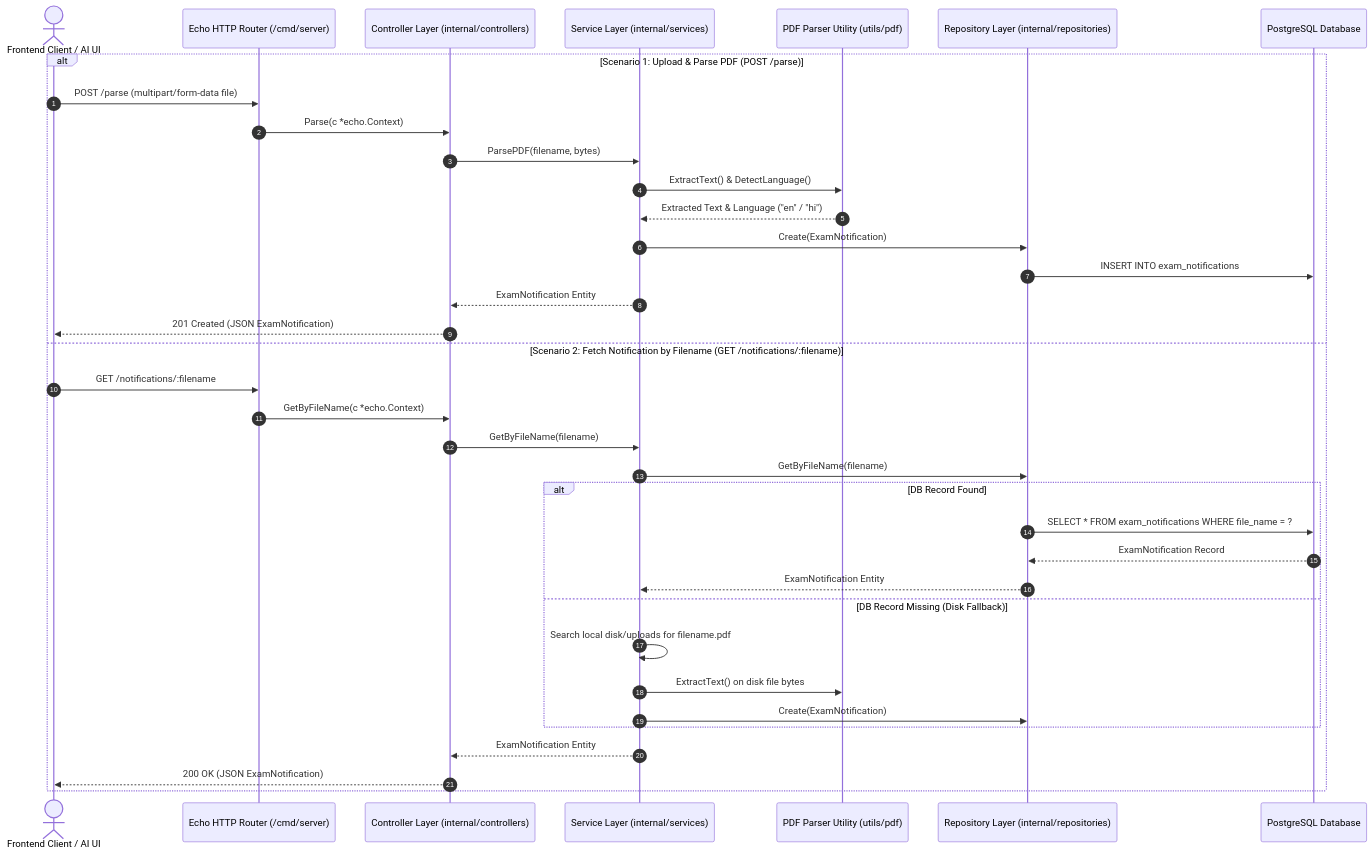
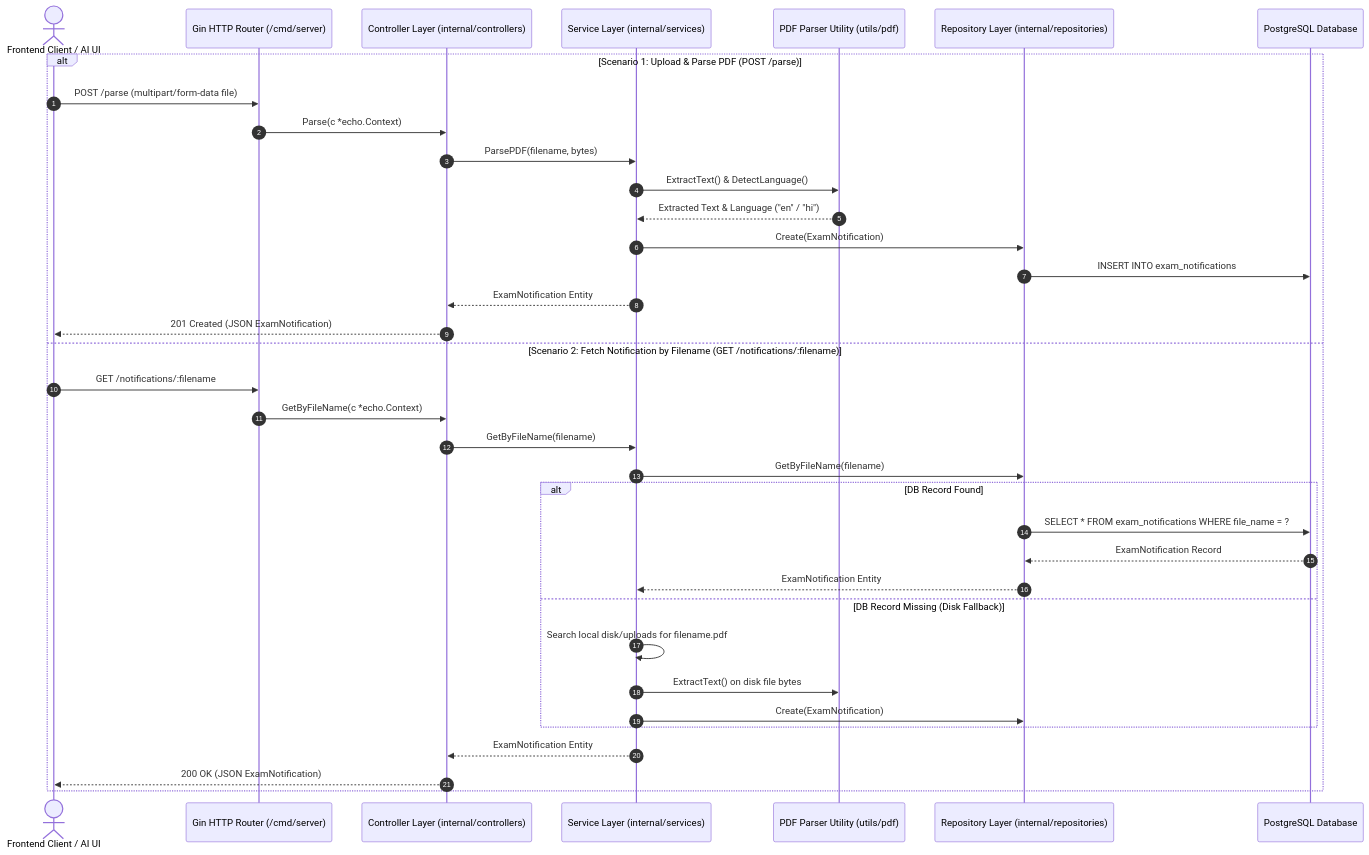
One commit to examsync/pdf-parser changed the diagram in API_README.md. Above: the diagram before and after it, drawn with Mermaid. The commit also changed other lines of this file and 8 other files, not shown here.

Commit message:
refactor: convert web framework from Echo v5 to Gin Gonic

````diff
--- a/API_README.md
+++ b/API_README.md
@@ -11,39 +11,40 @@
 ```mermaid
 sequenceDiagram
     autonumber
     actor Frontend as Frontend Client / AI UI
-    participant API as Echo HTTP Router (/cmd/server)
+    participant API as Gin HTTP Router (/cmd/server)
+
     participant Ctrl as Controller Layer (internal/controllers)
     participant Svc as Service Layer (internal/services)
     participant PDF as PDF Parser Utility (utils/pdf)
     participant Repo as Repository Layer (internal/repositories)
     participant DB as PostgreSQL Database
 
     alt Scenario 1: Upload & Parse PDF (POST /parse)
         Frontend->>API: POST /parse (multipart/form-data file)
         API->>Ctrl: Parse(c *echo.Context)
         Ctrl->>Svc: ParsePDF(filename, bytes)
         Svc->>PDF: ExtractText() & DetectLanguage()
         PDF-->>Svc: Extracted Text & Language ("en" / "hi")
         Svc->>Repo: Create(ExamNotification)
         Repo->>DB: INSERT INTO exam_notifications
         Svc-->>Ctrl: ExamNotification Entity
         Ctrl-->>Frontend: 201 Created (JSON ExamNotification)
     else Scenario 2: Fetch Notification by Filename (GET /notifications/:filename)
         Frontend->>API: GET /notifications/:filename
         API->>Ctrl: GetByFileName(c *echo.Context)
         Ctrl->>Svc: GetByFileName(filename)
         Svc->>Repo: GetByFileName(filename)
         alt DB Record Found
             Repo->>DB: SELECT * FROM exam_notifications WHERE file_name = ?
             DB-->>Repo: ExamNotification Record
             Repo-->>Svc: ExamNotification Entity
         else DB Record Missing (Disk Fallback)
             Svc->>Svc: Search local disk/uploads for filename.pdf
             Svc->>PDF: ExtractText() on disk file bytes
             Svc->>Repo: Create(ExamNotification)
         end
         Svc-->>Ctrl: ExamNotification Entity
         Ctrl-->>Frontend: 200 OK (JSON ExamNotification)
     end
 ```
````
